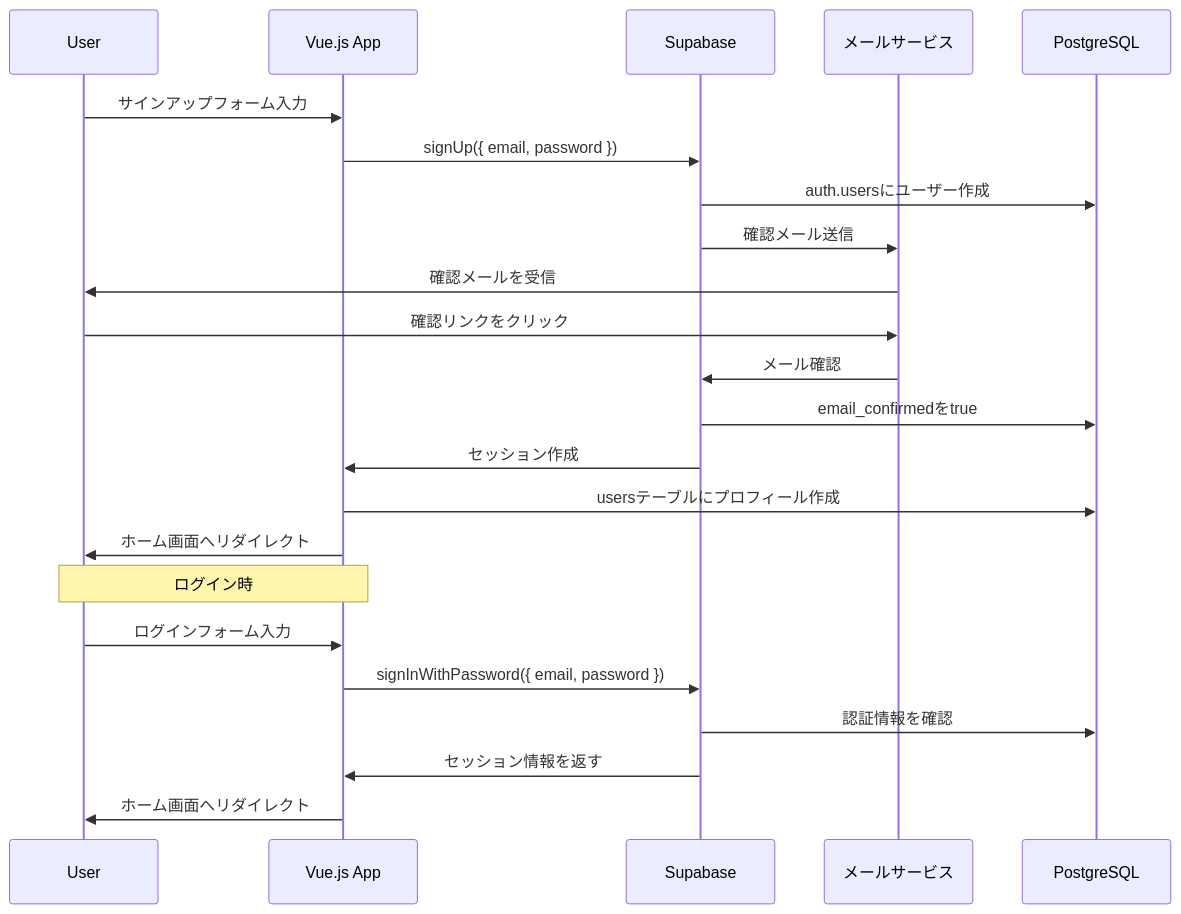
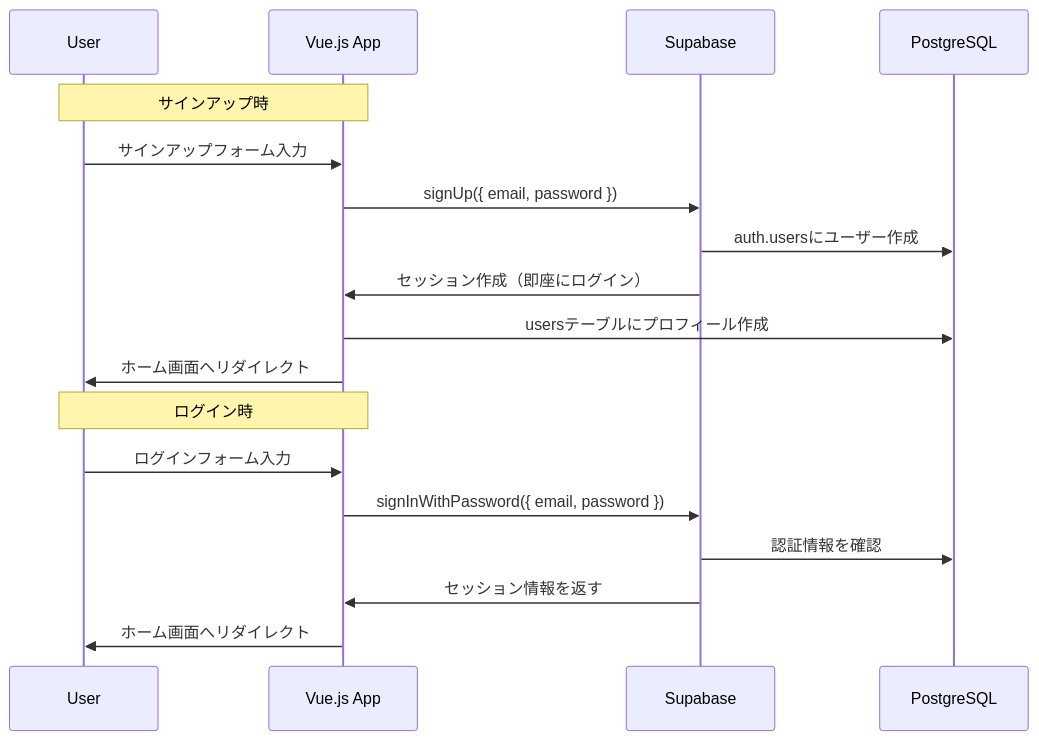
One commit to kt-seed/firebase_sns_sample changed the third of 3 diagrams in CLAUDE.md. Above: the diagram before and after it, drawn with Mermaid. The commit also changed other lines of this file and 1 other file, not shown here.

````diff
--- a/CLAUDE.md
+++ b/CLAUDE.md
@@ -498,27 +529,22 @@
 ```mermaid
 sequenceDiagram
     participant User
     participant App as Vue.js App
     participant Supabase
-    participant Email as メールサービス
     participant DB as PostgreSQL
-    
+
+    Note over User,App: サインアップ時
     User->>App: サインアップフォーム入力
     App->>Supabase: signUp({ email, password })
     Supabase->>DB: auth.usersにユーザー作成
-    Supabase->>Email: 確認メール送信
-    Email->>User: 確認メールを受信
-    User->>Email: 確認リンクをクリック
-    Email->>Supabase: メール確認
-    Supabase->>DB: email_confirmedをtrue
-    Supabase->>App: セッション作成
+    Supabase->>App: セッション作成（即座にログイン）
     App->>DB: usersテーブルにプロフィール作成
     App->>User: ホーム画面へリダイレクト
-    
+
     Note over User,App: ログイン時
     User->>App: ログインフォーム入力
     App->>Supabase: signInWithPassword({ email, password })
     Supabase->>DB: 認証情報を確認
     Supabase->>App: セッション情報を返す
     App->>User: ホーム画面へリダイレクト
 ```
````
